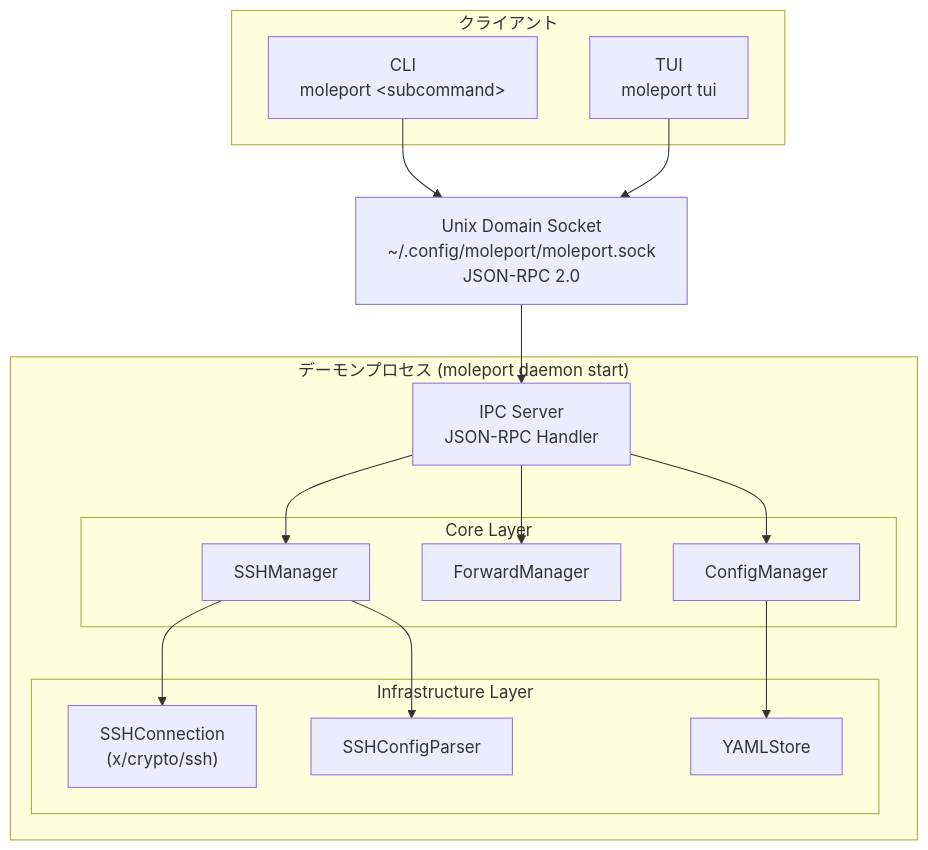
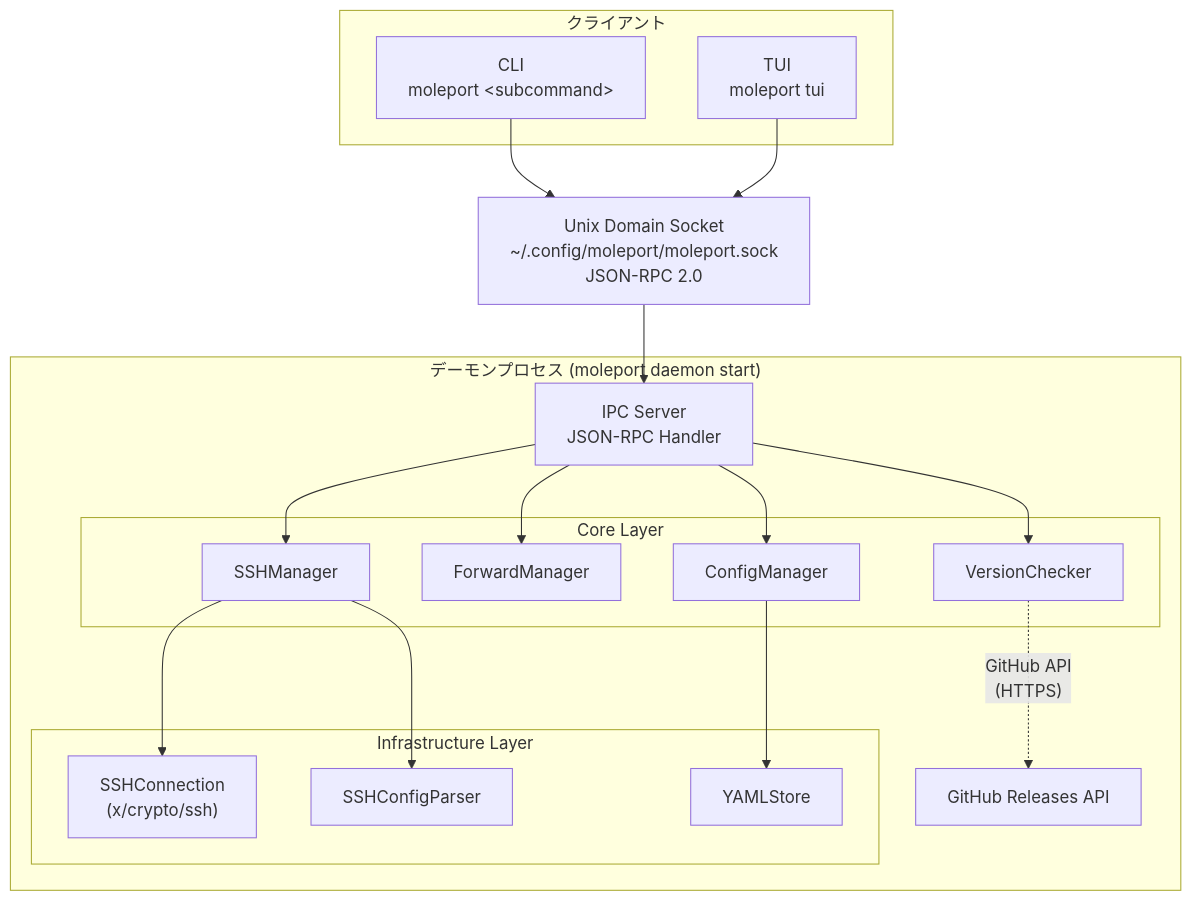
One commit to ousiassllc/MolePort changed the first of 21 diagrams in docs/architecture/overview.md. Above: the diagram before and after it, drawn with Mermaid. The commit also changed other lines of this file, not shown here.

````diff
--- a/docs/architecture/overview.md
+++ b/docs/architecture/overview.md
@@ -27,36 +28,39 @@
 ```mermaid
 graph TB
     subgraph Clients["クライアント"]
         CLI["CLI<br/>moleport &lt;subcommand&gt;"]
         TUI["TUI<br/>moleport tui"]
     end
 
     Socket["Unix Domain Socket<br/>~/.config/moleport/moleport.sock<br/>JSON-RPC 2.0"]
 
     subgraph Daemon["デーモンプロセス (moleport daemon start)"]
         IPCServer["IPC Server<br/>JSON-RPC Handler"]
 
         subgraph Core["Core Layer"]
             SSHManager["SSHManager"]
             ForwardManager["ForwardManager"]
             ConfigManager["ConfigManager"]
+            VersionChecker["VersionChecker"]
         end
 
         subgraph Infra["Infrastructure Layer"]
             SSHConn["SSHConnection<br/>(x/crypto/ssh)"]
             SSHConfigParser["SSHConfigParser"]
             YAMLStore["YAMLStore"]
         end
 
         IPCServer --> SSHManager
         IPCServer --> ForwardManager
         IPCServer --> ConfigManager
+        IPCServer --> VersionChecker
         SSHManager --> SSHConn
         SSHManager --> SSHConfigParser
         ConfigManager --> YAMLStore
+        VersionChecker -.->|"GitHub API<br/>(HTTPS)"| GitHubAPI["GitHub Releases API"]
     end
 
     CLI --> Socket
     TUI --> Socket
     Socket --> IPCServer
 ```
````
